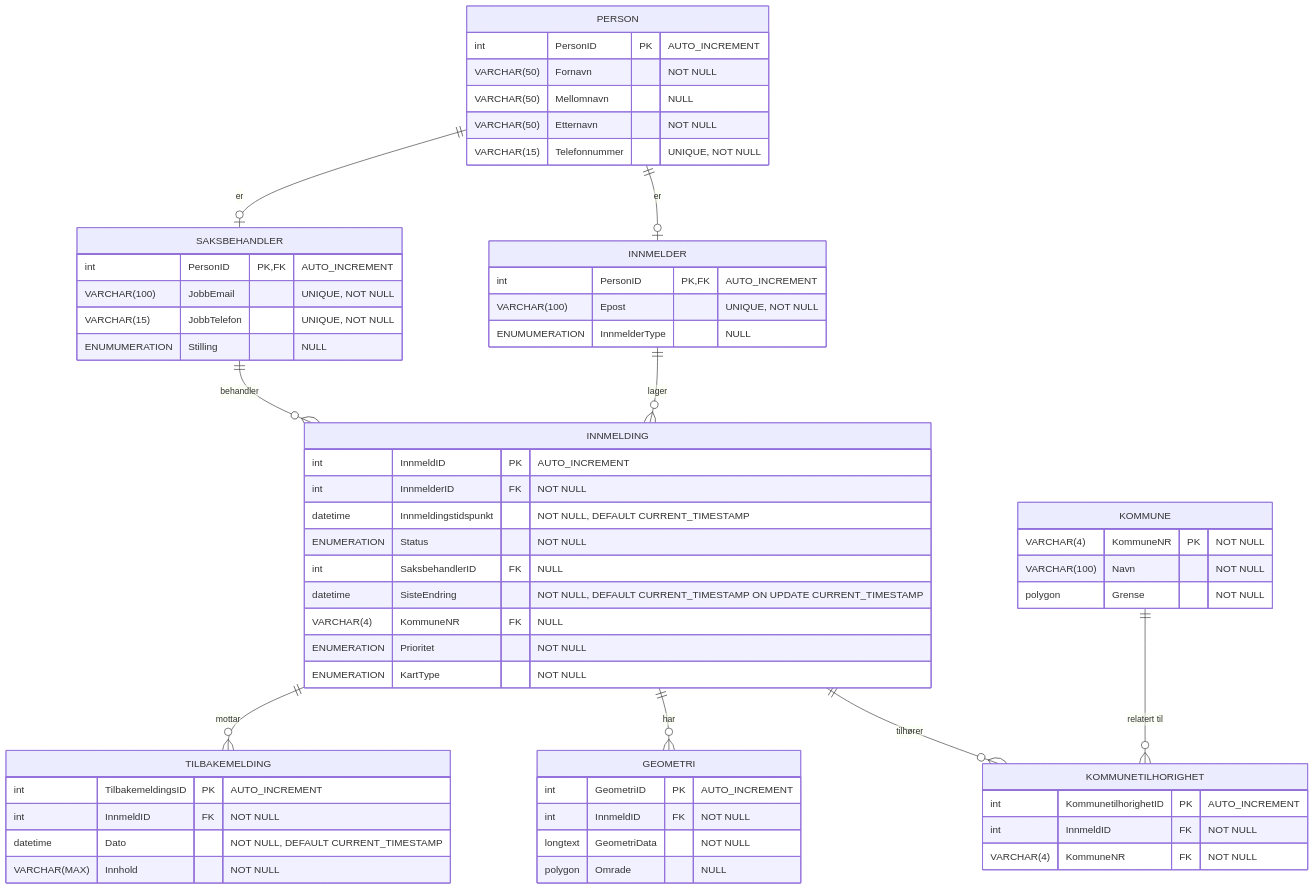
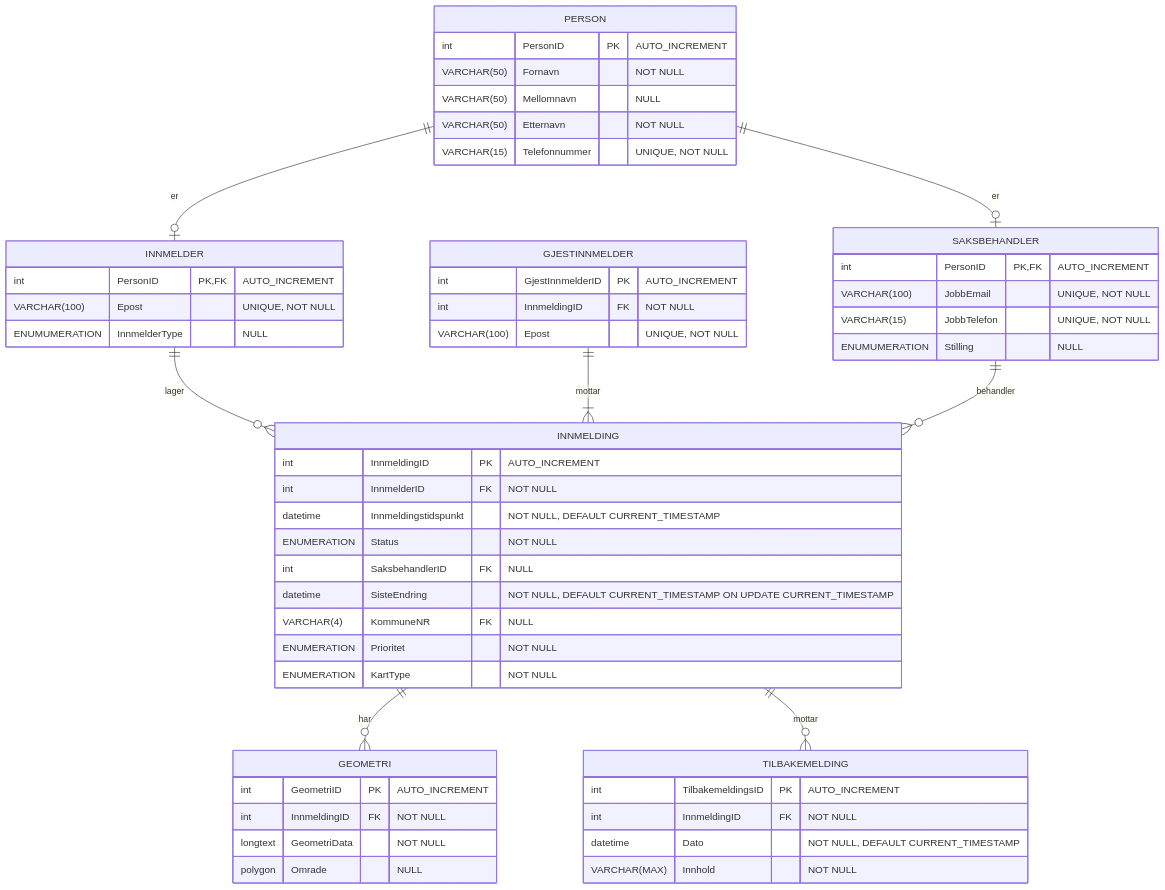
One commit to Kristiann96/Gruppe10KV changed the diagram in Gruppe10KVprototype/ER og UML diagrammer/ERG10KV6.mmd. Above: the diagram before and after it, drawn with Mermaid.

Commit message:
Fjernet kommune fra database. lagt til gjesteinnmeldertabell.

```diff
--- a/Gruppe10KVprototype/ER og UML diagrammer/ERG10KV6.mmd
+++ b/Gruppe10KVprototype/ER og UML diagrammer/ERG10KV6.mmd
@@ -1,77 +1,69 @@
 %%{init: {'themeCSS': 
 [
 '[id|=entity-PRIORITET] .er.entityBox { fill: #fae4aa; }',
 '[id|=entity-STATUS] .er.entityBox { fill: #fae4aa; }',
 '[id|=entity-KARTTYPE] .er.entityBox { fill: #fae4aa; }',
 '[id|=entity-KOMMUNE] .er.entityBox { fill: #fae4aa; }',
 '[id|=entity-INNMELDERTYPE] .er.entityBox { fill: #fae4aa; }',
 '[id|=entity-SAKSBEHANDLERTYPE] .er.entityBox { fill: #fae4aa; }',
 '[id|=entity-KARTKILDE] .er.entityBox { fill: #9bfa9b; }',
 '[id|=entity-KOMMUNETILHORIGHET] .er.entityBox { fill: #9bfa9b; }'
 ] }}%%
 
 erDiagram
 
     PERSON {
         int PersonID PK "AUTO_INCREMENT"
         VARCHAR(50) Fornavn "NOT NULL"
         VARCHAR(50) Mellomnavn "NULL"
         VARCHAR(50) Etternavn "NOT NULL"
         VARCHAR(15) Telefonnummer "UNIQUE, NOT NULL"
     }
     PERSON ||--|O INNMELDER : "er"
     PERSON ||--|O SAKSBEHANDLER : "er"
     INNMELDER ||--o{ INNMELDING : "lager"
+    GJESTINNMELDER ||--|{ INNMELDING : "mottar"
+    GJESTINNMELDER {
+        int GjestInnmelderID PK "AUTO_INCREMENT"
+        int InnmeldingID FK "NOT NULL"
+        VARCHAR(100) Epost "UNIQUE, NOT NULL"
+    }
+
     INNMELDER {
         int PersonID PK, FK "AUTO_INCREMENT"
         VARCHAR(100) Epost "UNIQUE, NOT NULL"
         ENUMUMERATION InnmelderType "NULL"
     }
 
     SAKSBEHANDLER ||--o{ INNMELDING : "behandler"
     SAKSBEHANDLER {
         int PersonID PK, FK "AUTO_INCREMENT"
         VARCHAR(100) JobbEmail "UNIQUE, NOT NULL"
         VARCHAR(15) JobbTelefon "UNIQUE, NOT NULL"
         ENUMUMERATION Stilling "NULL"
     }
-
-    INNMELDING ||--o{ KOMMUNETILHORIGHET : "tilhører"
     INNMELDING ||--o{ GEOMETRI : "har"
-    INNMELDING ||--o{ TILBAKEMELDING : "mottar"
+    INNMELDING ||--o{ TILBAKEMELDING : "mottar"    
     INNMELDING {
-        int InnmeldID PK "AUTO_INCREMENT"
+        int InnmeldingID PK "AUTO_INCREMENT"
         int InnmelderID FK "NOT NULL"
         datetime Innmeldingstidspunkt "NOT NULL, DEFAULT CURRENT_TIMESTAMP"
         ENUMERATION Status "NOT NULL"
         int SaksbehandlerID FK "NULL"
         datetime SisteEndring "NOT NULL, DEFAULT CURRENT_TIMESTAMP ON UPDATE CURRENT_TIMESTAMP"
         VARCHAR(4) KommuneNR FK "NULL"
         ENUMERATION Prioritet "NOT NULL"
         ENUMERATION KartType "NOT NULL"
-    }
-
+    }    
     GEOMETRI {
         int GeometriID PK "AUTO_INCREMENT"
-        int InnmeldID FK "NOT NULL"
+        int InnmeldingID FK "NOT NULL"
         longtext GeometriData "NOT NULL"
         polygon Omrade "NULL"
     }
-
-    KOMMUNE ||--o{ KOMMUNETILHORIGHET : "relatert til" 
-    KOMMUNE {
-        VARCHAR(4) KommuneNR PK "NOT NULL"
-        VARCHAR(100) Navn "NOT NULL"
-        polygon Grense "NOT NULL"
-    }
-    KOMMUNETILHORIGHET {
-        int KommunetilhorighetID PK "AUTO_INCREMENT"
-        int InnmeldID FK "NOT NULL"
-        VARCHAR(4) KommuneNR FK "NOT NULL"
-    }
     TILBAKEMELDING {
         int TilbakemeldingsID PK "AUTO_INCREMENT"
-        int InnmeldID FK "NOT NULL"
+        int InnmeldingID FK "NOT NULL"
         datetime Dato "NOT NULL, DEFAULT CURRENT_TIMESTAMP"
         VARCHAR(MAX) Innhold "NOT NULL"
     }
```
